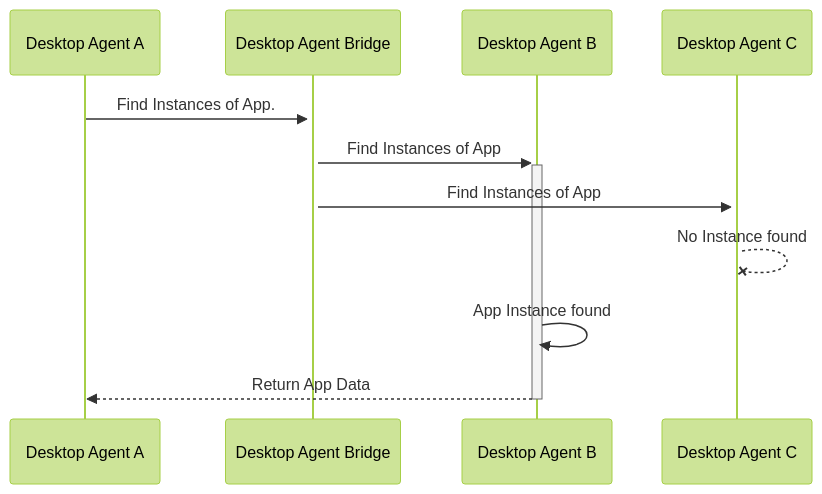
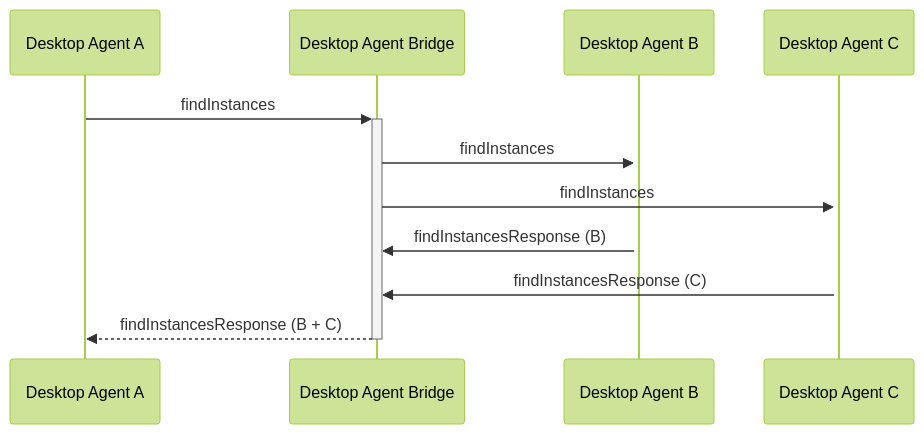
The seventh of 7 diagrams in docs/api-bridging/spec.md (finos/FDC3), drawn with Mermaid (forest theme) before and after one commit. The commit also changed other lines of this file, not shown here.

Commit message:
Adding exchanges for open and findInstances

````diff
--- a/docs/api-bridging/spec.md
+++ b/docs/api-bridging/spec.md
@@ -1567,13 +1591,13 @@
 ```mermaid
 sequenceDiagram
     participant DA as Desktop Agent A
     participant DAB as Desktop Agent Bridge
     participant DB as Desktop Agent B
     participant DC as Desktop Agent C
-    DA ->>+ DAB: Find Instances of App.
-    DAB ->>+ DB: Find Instances of App
-    DAB ->>+ DC: Find Instances of App
-    DC --x DC: No Instance found
-    DB ->> DB: App Instance found
-    DB -->>- DA: Return App Data
+    DA ->>+ DAB: findInstances
+    DAB ->>+ DB: findInstances
+    DAB ->>+ DC: findInstances
+    DB ->> DAB: findInstancesResponse (B)
+    DC ->> DAB: findInstancesResponse (C)
+    DAB -->>- DA: findInstancesResponse (B + C)
 ```
````
